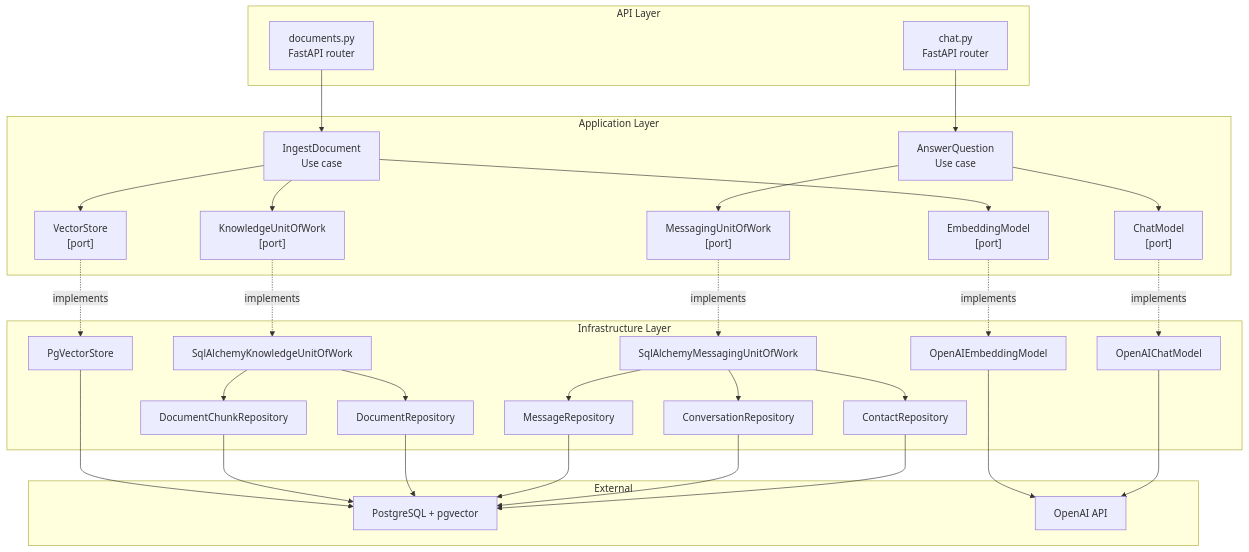
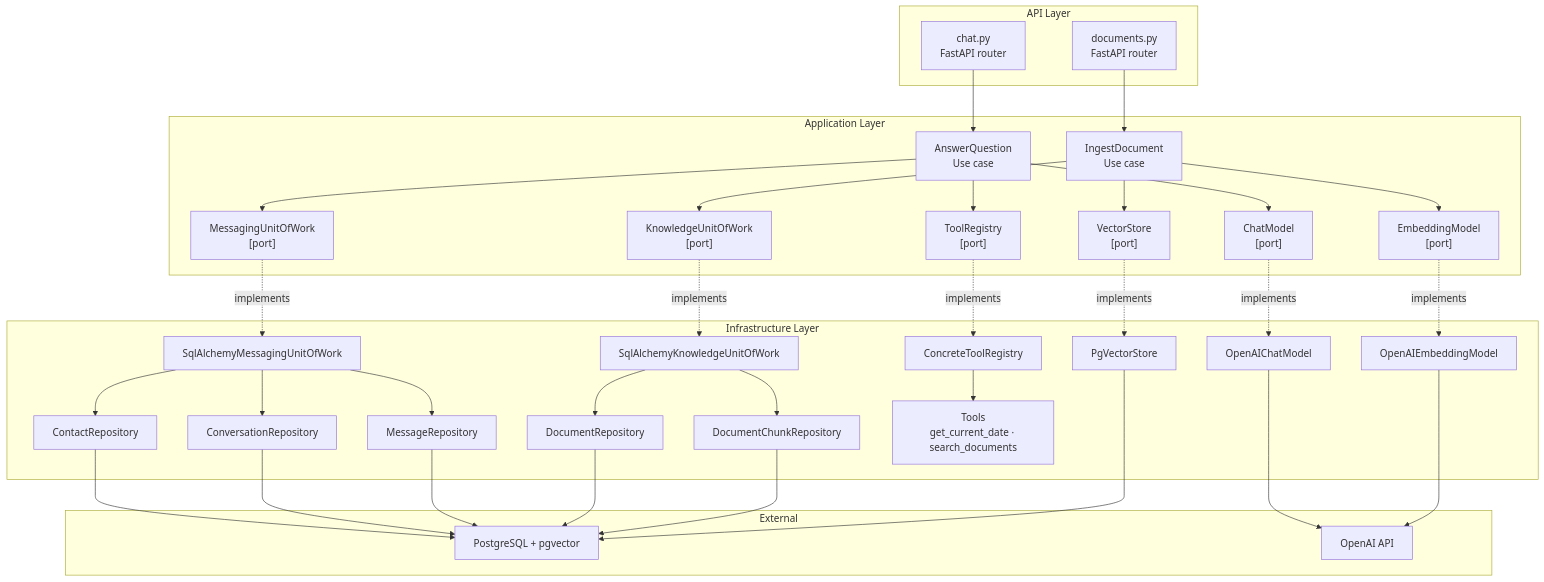
One commit to camercadop/knowledge-support-ai-agent changed the third of 3 diagrams in docs/architecture.md. Above: the diagram before and after it, drawn with Mermaid. The commit also changed other lines of this file and 2 other files, not shown here.

Commit message:
feat: update documentation to include tool registry

````diff
--- a/docs/architecture.md
+++ b/docs/architecture.md
@@ -44,61 +44,67 @@
 ```mermaid
 flowchart TB
     subgraph api["API Layer"]
         chat_router["chat.py\nFastAPI router"]
         docs_router["documents.py\nFastAPI router"]
     end
 
     subgraph app["Application Layer"]
         uc_answer["AnswerQuestion\nUse case"]
         uc_ingest["IngestDocument\nUse case"]
         port_msg_uow["MessagingUnitOfWork\n[port]"]
         port_know_uow["KnowledgeUnitOfWork\n[port]"]
         port_chat["ChatModel\n[port]"]
         port_embed["EmbeddingModel\n[port]"]
         port_vs["VectorStore\n[port]"]
+        port_tools["ToolRegistry\n[port]"]
     end
 
     subgraph infra["Infrastructure Layer"]
         sql_msg_uow["SqlAlchemyMessagingUnitOfWork"]
         sql_know_uow["SqlAlchemyKnowledgeUnitOfWork"]
         contact_repo["ContactRepository"]
         conv_repo["ConversationRepository"]
         msg_repo["MessageRepository"]
         doc_repo["DocumentRepository"]
         chunk_repo["DocumentChunkRepository"]
         openai_chat["OpenAIChatModel"]
         openai_embed["OpenAIEmbeddingModel"]
         pgvector["PgVectorStore"]
+        tool_registry["ConcreteToolRegistry"]
+        tools["Tools\nget_current_date · search_documents"]
     end
 
     subgraph external["External"]
         postgres["PostgreSQL + pgvector"]
         openai["OpenAI API"]
     end
 
     chat_router --> uc_answer
     docs_router --> uc_ingest
     uc_answer --> port_msg_uow
     uc_answer --> port_chat
+    uc_answer --> port_tools
     uc_ingest --> port_know_uow
     uc_ingest --> port_embed
     uc_ingest --> port_vs
     port_msg_uow -.->|implements| sql_msg_uow
     port_know_uow -.->|implements| sql_know_uow
     port_chat -.->|implements| openai_chat
     port_embed -.->|implements| openai_embed
     port_vs -.->|implements| pgvector
+    port_tools -.->|implements| tool_registry
+    tool_registry --> tools
     sql_msg_uow --> contact_repo
     sql_msg_uow --> conv_repo
     sql_msg_uow --> msg_repo
     sql_know_uow --> doc_repo
     sql_know_uow --> chunk_repo
     contact_repo --> postgres
     conv_repo --> postgres
     msg_repo --> postgres
     doc_repo --> postgres
     chunk_repo --> postgres
     pgvector --> postgres
     openai_chat --> openai
     openai_embed --> openai
 ```
````
